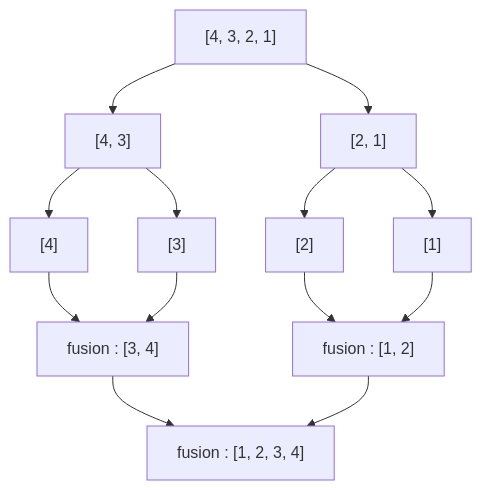
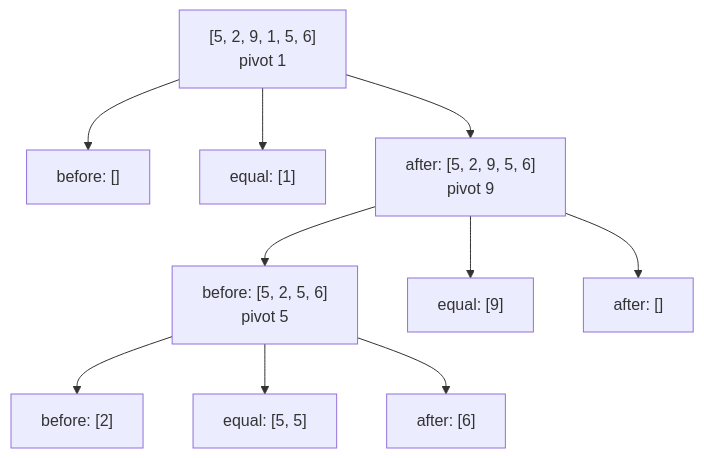
One commit to mintlify-demo/docs changed the diagram in fr/merge-sort-api/guides/how-it-works.mdx. Above: the diagram before and after it, drawn with Mermaid. The commit also changed other lines of this file and 22 other files, not shown here.

````diff
--- a/fr/merge-sort-api/guides/how-it-works.mdx
+++ b/fr/merge-sort-api/guides/how-it-works.mdx
@@ -11,15 +19,12 @@
 ```mermaid
 flowchart TD
-    A["[4, 3, 2, 1]"] --> B["[4, 3]"]
-    A --> C["[2, 1]"]
-    B --> D["[4]"]
-    B --> E["[3]"]
-    C --> F["[2]"]
-    C --> G["[1]"]
-    D --> H["fusion : [3, 4]"]
-    E --> H
-    F --> I["fusion : [1, 2]"]
-    G --> I
-    H --> J["fusion : [1, 2, 3, 4]"]
-    I --> J
+    A["[5, 2, 9, 1, 5, 6]<br/>pivot 1"] --> B["before: []"]
+    A --> C["equal: [1]"]
+    A --> D["after: [5, 2, 9, 5, 6]<br/>pivot 9"]
+    D --> E["before: [5, 2, 5, 6]<br/>pivot 5"]
+    D --> F["equal: [9]"]
+    D --> G["after: []"]
+    E --> H["before: [2]"]
+    E --> I["equal: [5, 5]"]
+    E --> J["after: [6]"]
 ```
````
